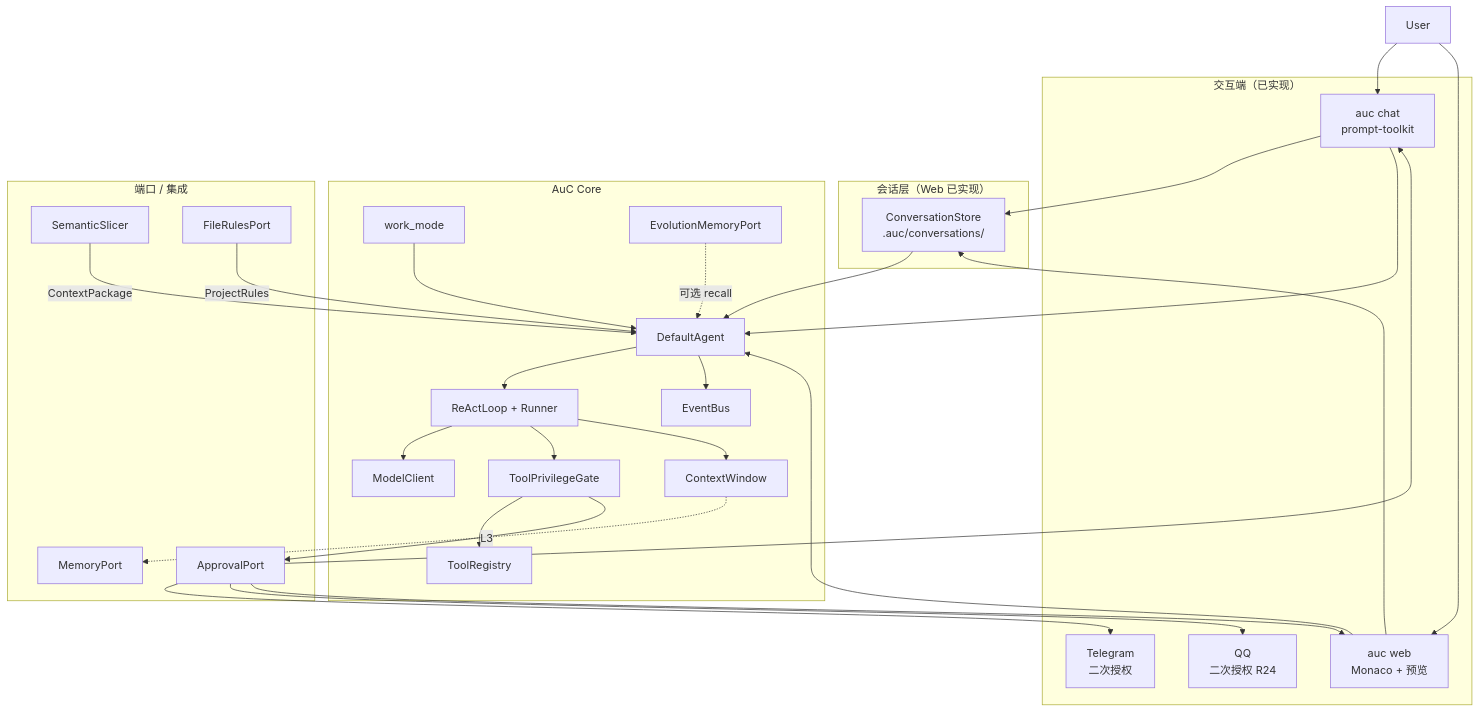
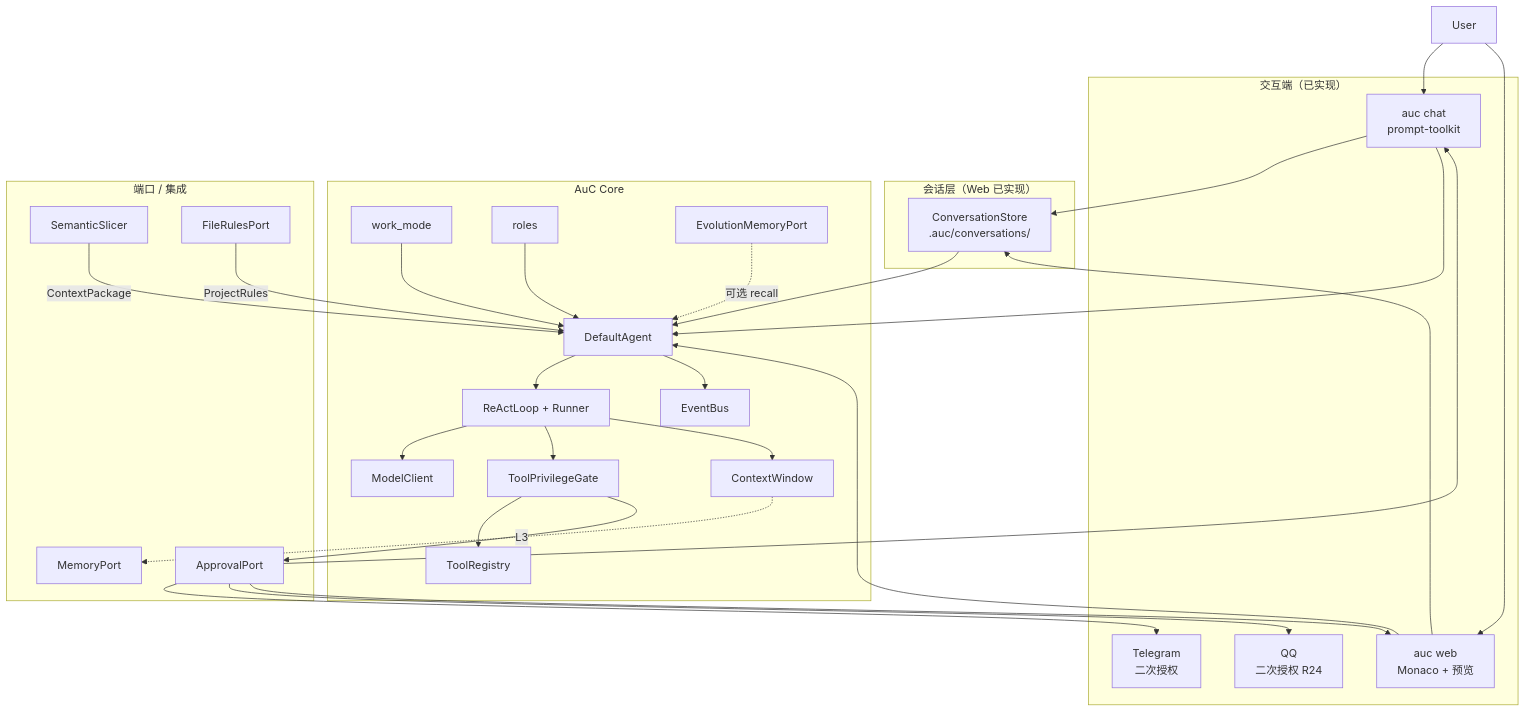
One commit to ufy2024/AuC changed the first of 2 diagrams in docs/architecture.md. Above: the diagram before and after it, drawn with Mermaid. The commit also changed other lines of this file and 42 other files, not shown here.

````diff
--- a/docs/architecture.md
+++ b/docs/architecture.md
@@ -22,53 +22,55 @@
 ```mermaid
 flowchart TB
   subgraph clients ["交互端（已实现）"]
     CLI["auc chat<br/>prompt-toolkit"]
     Web["auc web<br/>Monaco + 预览"]
     TG["Telegram<br/>二次授权"]
     QQ["QQ<br/>二次授权 R24"]
   end
 
   subgraph session ["会话层（Web 已实现）"]
     Conv["ConversationStore<br/>.auc/conversations/"]
   end
 
   subgraph auc [AuC Core]
     Agent[DefaultAgent]
     Loop[ReActLoop + Runner]
     Tools[ToolRegistry]
     Gate[ToolPrivilegeGate]
     LLM[ModelClient]
     Ctx[ContextWindow]
     Events[EventBus]
     WM[work_mode]
+    Roles[roles]
     Evo[EvolutionMemoryPort]
   end
 
   subgraph ports [端口 / 集成]
     MemPort[MemoryPort]
     Slicer[SemanticSlicer]
     Rules[FileRulesPort]
     Approval[ApprovalPort]
   end
 
   User --> CLI & Web
   CLI & Web --> Conv
   Conv --> Agent
   CLI & Web --> Agent
   Slicer -->|ContextPackage| Agent
   Rules -->|ProjectRules| Agent
   Evo -.->|可选 recall| Agent
   Agent --> Loop
   Loop --> LLM
   Loop --> Gate
   Gate --> Tools
   Loop --> Ctx
   Agent --> Events
   WM --> Agent
+  Roles --> Agent
   Gate -->|L3| Approval
   Approval --> TG
   Approval --> QQ
   Approval --> Web
   Approval --> CLI
   Ctx -.-> MemPort
 ```
````
